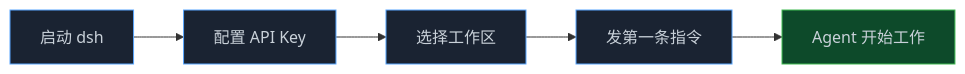
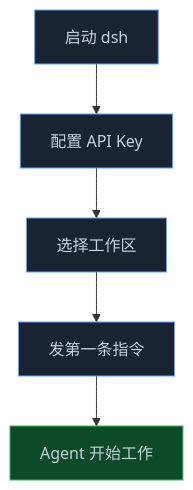
The diagram in source/source/_posts/ailearn/deepseek-harness/02.md (qiubohong/qiubohong.github.io), drawn with Mermaid before and after one commit. The commit also changed other lines of this file and 2 other files, not shown here.

First line of the commit message:
docs: 优化多篇文档格式与图表布局

````diff
--- a/source/source/_posts/ailearn/deepseek-harness/02.md
+++ b/source/source/_posts/ailearn/deepseek-harness/02.md
@@ -92,12 +91,12 @@
 ```mermaid
-graph LR
+graph TB
     A[启动 dsh] --> B[配置 API Key]
     B --> C[选择工作区]
     C --> D[发第一条指令]
     D --> E[Agent 开始工作]
     style A fill:#1a2332,stroke:#58a6ff,color:#c9d1d9
     style B fill:#1a2332,stroke:#58a6ff,color:#c9d1d9
     style C fill:#1a2332,stroke:#58a6ff,color:#c9d1d9
     style D fill:#1a2332,stroke:#58a6ff,color:#c9d1d9
     style E fill:#0d4a2a,stroke:#3fb950,color:#c9d1d9
 ```
````
